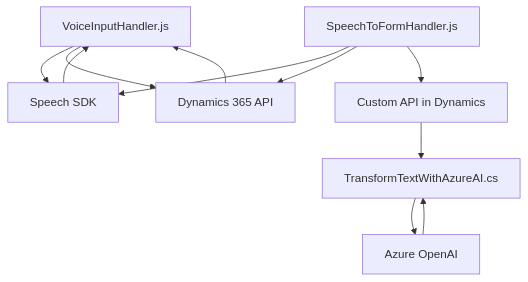
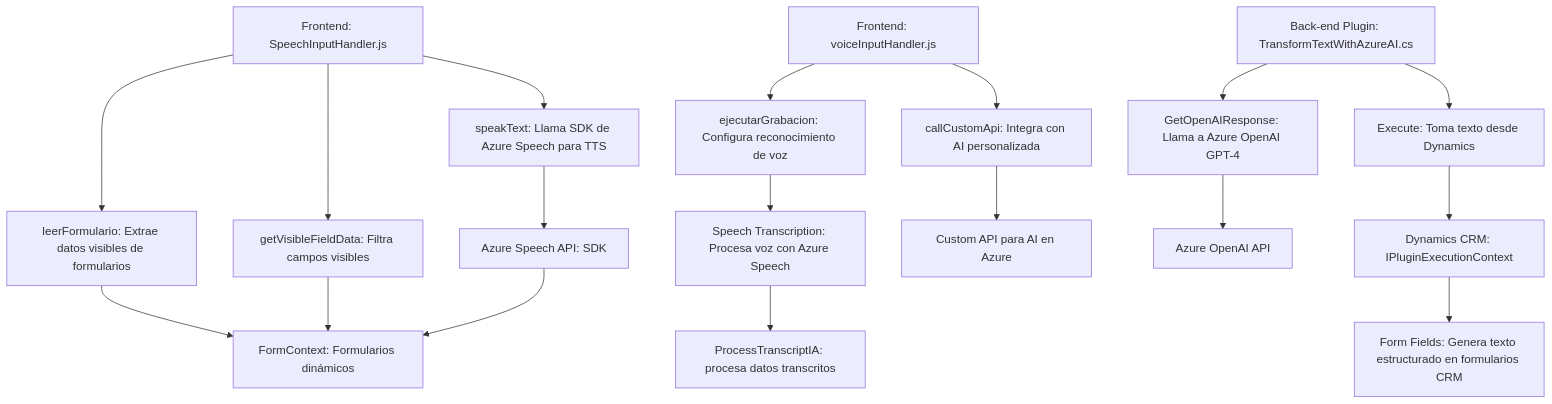
Before and after one commit to blopezdm/NETCORE_BILBAO2025: the diagram in README.md, drawn with Mermaid. The commit also changed other lines of this file, not shown here.

Commit message:
Actualizar análisis global de la solución con IA

````diff
--- a/README.md
+++ b/README.md
@@ -42,13 +44,22 @@
 ```mermaid
 graph TD
-  A["VoiceInputHandler.js"] --> B["Speech SDK"]
-  A --> C["Dynamics 365 API"]
-  B --> A
-  C --> A
-  D["SpeechToFormHandler.js"] --> B["Speech SDK"]
-  D --> C
-  D --> E["Custom API in Dynamics"]
-  E --> F["TransformTextWithAzureAI.cs"]
-  F --> G["Azure OpenAI"]
-  G --> F
+    A["Frontend: SpeechInputHandler.js"] --> B["speakText: Llama SDK de Azure Speech para TTS"]
+    A --> C["leerFormulario: Extrae datos visibles de formularios"]
+    A --> D["getVisibleFieldData: Filtra campos visibles"]
+    B --> E["Azure Speech API: SDK"]
+    C --> F["FormContext: Formularios dinámicos"]
+    D --> F
+    E --> F
+    
+    G["Frontend: voiceInputHandler.js"] --> H["ejecutarGrabacion: Configura reconocimiento de voz"]
+    G --> I["callCustomApi: Integra con AI personalizada"]
+    H --> J["Speech Transcription: Procesa voz con Azure Speech"]
+    I --> K["Custom API para AI en Azure"]
+    J --> L["ProcessTranscriptIA: procesa datos transcritos"]
+
+    M["Back-end Plugin: TransformTextWithAzureAI.cs"] --> N["Execute: Toma texto desde Dynamics"]
+    M --> O["GetOpenAIResponse: Llama a Azure OpenAI GPT-4"]
+    O --> P["Azure OpenAI API"]
+    N --> Q["Dynamics CRM: IPluginExecutionContext"]
+    Q --> R["Form Fields: Genera texto estructurado en formularios CRM"]
 ```
````
